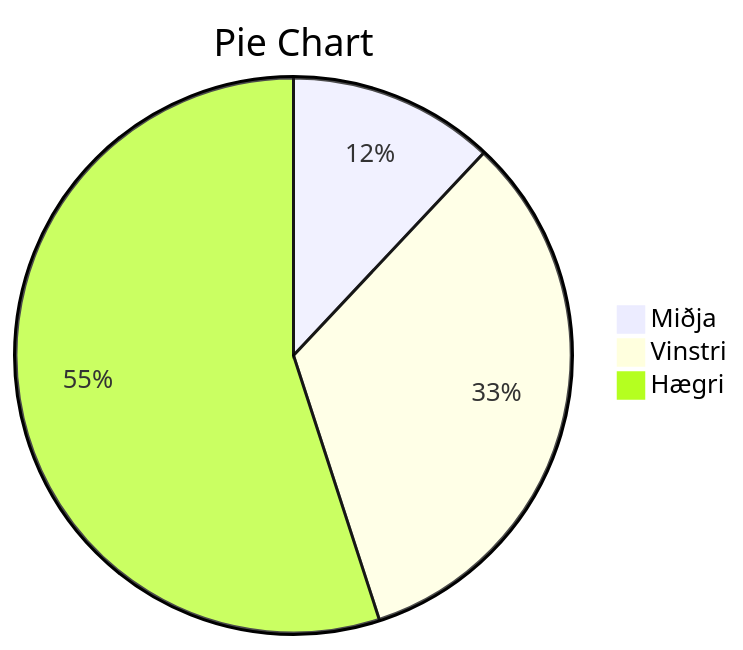
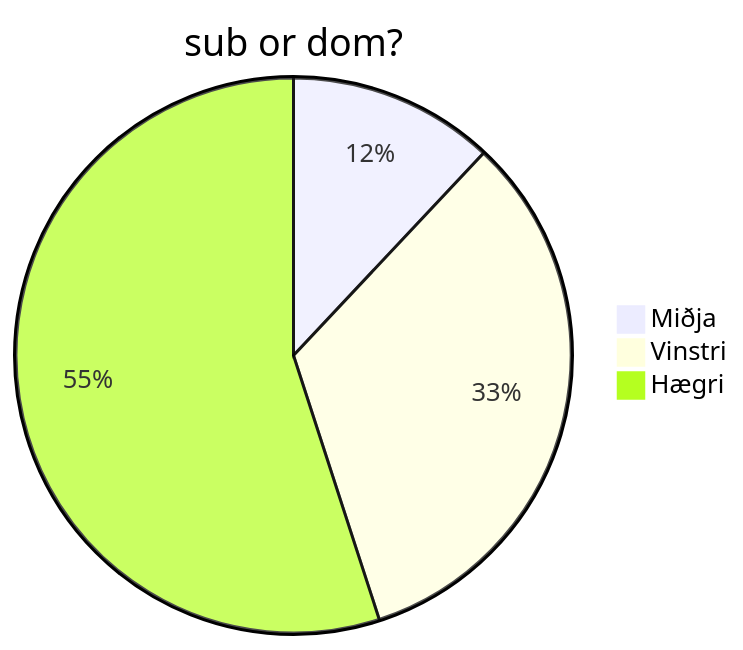
One commit to spoooss/vesm1kt changed the diagram in verkefni-1/README.md. Above: the diagram before and after it, drawn with Mermaid. The commit also changed other lines of this file, not shown here.

````diff
--- a/verkefni-1/README.md
+++ b/verkefni-1/README.md
@@ -25,7 +25,7 @@
 ```mermaid
 pie
-title Pie Chart
+title sub or dom?
     "Miðja" : 12
     "Vinstri" : 33
     "Hægri" : 55
 ```
````
